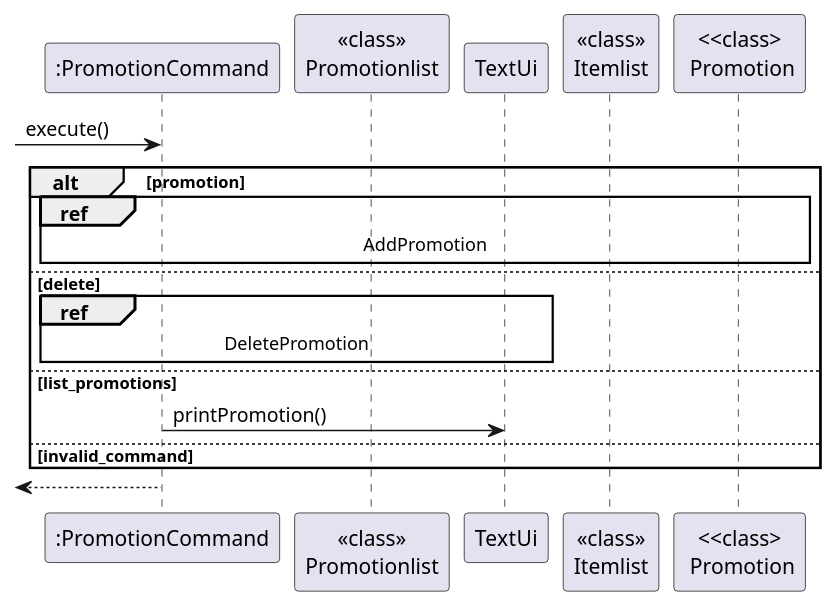
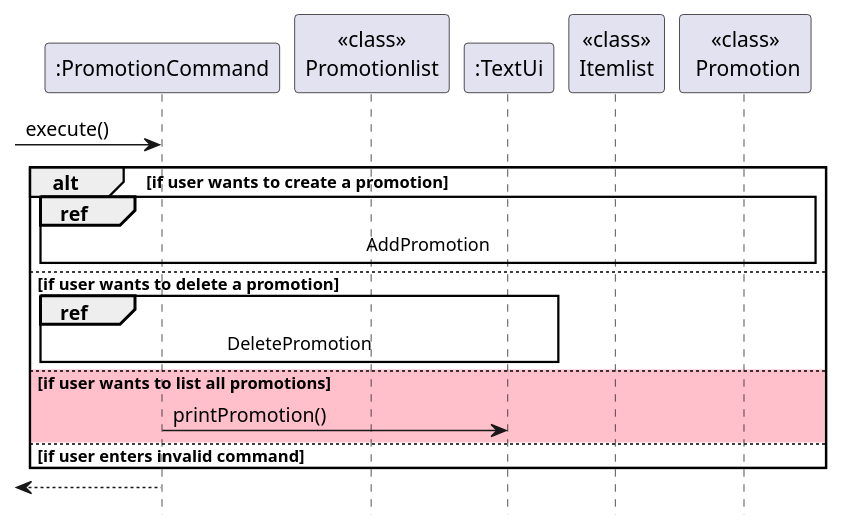
One commit to LowTL/tp changed the diagram in docs/Diagrams/PUML files/Promotion_SequenceDigram.puml. Above: the diagram before and after it, drawn with PlantUML. The commit also changed 10 other files, not shown here.

```diff
--- a/docs/Diagrams/PUML files/Promotion_SequenceDigram.puml
+++ b/docs/Diagrams/PUML files/Promotion_SequenceDigram.puml
@@ -1,24 +1,25 @@
 @startuml
 'https://plantuml.com/sequence-diagram
 
 participant ":PromotionCommand" as PromotionCommand
 participant "<<class>>\nPromotionlist" as PromotionList
-participant TextUi
+participant ":TextUi" as TextUi
 participant "<<class>>\nItemlist" as Itemlist
-participant "<<class>\n Promotion" as Promotion
+participant "<<class>>\n Promotion" as Promotion
 
 
 -> PromotionCommand: execute()
 
-alt promotion
+alt if user wants to create a promotion
     ref over PromotionCommand, PromotionList, Itemlist, Promotion, TextUi : AddPromotion
-else delete
+else if user wants to delete a promotion
     ref over PromotionCommand, PromotionList, TextUi : DeletePromotion
-else list_promotions
+else #Pink if user wants to list all promotions
     PromotionCommand -> TextUi: printPromotion()
-else invalid_command
+else if user enters invalid command
 end
 
 <-- PromotionCommand
 
+hide footbox
 @enduml
```
